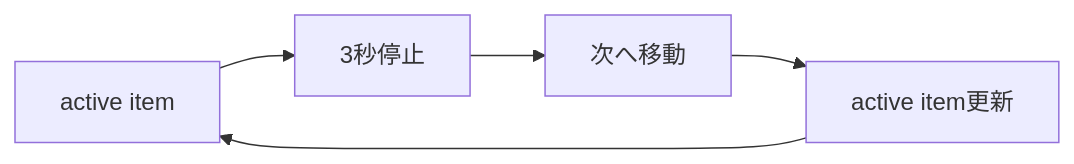
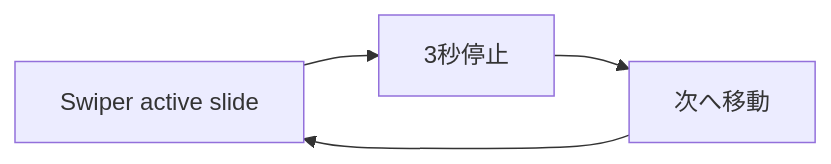
The sixth of 6 diagrams in docs/設計_下部ECカルーセル.md (vibe-coding-world/musekinin-recipe-chapdaddy), drawn with Mermaid before and after one commit. The commit also changed other lines of this file and 3 other files, not shown here.

````diff
--- a/docs/設計_下部ECカルーセル.md
+++ b/docs/設計_下部ECカルーセル.md
@@ -81,7 +107,6 @@
 ```mermaid
 flowchart LR
-  A[active item] --> B[3秒停止]
+  A[Swiper active slide] --> B[3秒停止]
   B --> C[次へ移動]
-  C --> D[active item更新]
-  D --> A
+  C --> A
 ```
````
